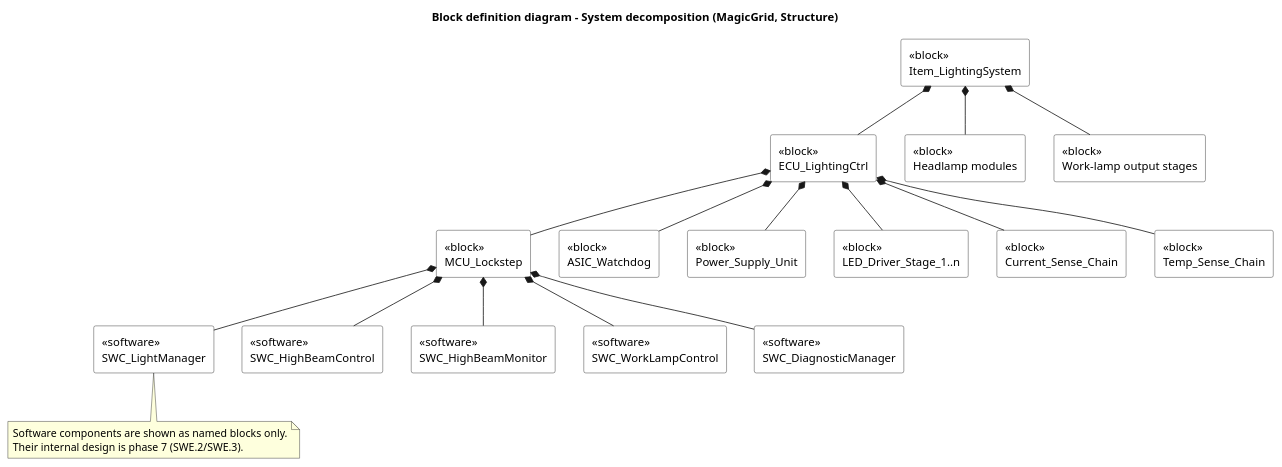
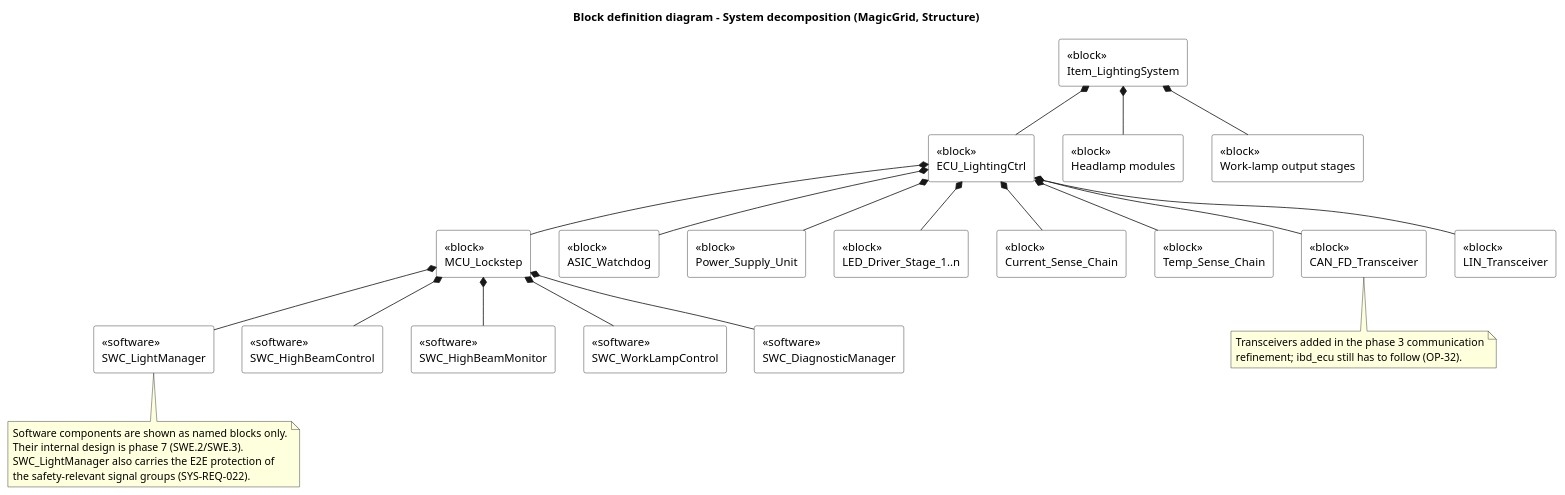
Before and after one commit to bny61/beleuchtungssystem-aspice: the diagram in 03_model/plantuml/bdd_system.puml, drawn with PlantUML. The commit also changed 12 other files, not shown here.

First line of the commit message:
feat(sys.3): CAN FD/J1939 message catalogue, bus timing and E2E protection

```diff
--- a/03_model/plantuml/bdd_system.puml
+++ b/03_model/plantuml/bdd_system.puml
@@ -1,43 +1,54 @@
 @startuml bdd_system
 title Block definition diagram - System decomposition (MagicGrid, Structure)
 skinparam rectangle {
   BackgroundColor White
 }
 
 rectangle "<<block>>\nItem_LightingSystem" as ITEM
 rectangle "<<block>>\nECU_LightingCtrl" as ECU
 rectangle "<<block>>\nMCU_Lockstep" as MCU
 rectangle "<<block>>\nASIC_Watchdog" as WD
 rectangle "<<block>>\nPower_Supply_Unit" as PSU
 rectangle "<<block>>\nLED_Driver_Stage_1..n" as DRV
 rectangle "<<block>>\nCurrent_Sense_Chain" as CS
 rectangle "<<block>>\nTemp_Sense_Chain" as TS
+rectangle "<<block>>\nCAN_FD_Transceiver" as CANT
+rectangle "<<block>>\nLIN_Transceiver" as LINT
 rectangle "<<block>>\nHeadlamp modules" as LAMP
 rectangle "<<block>>\nWork-lamp output stages" as WORK
 
 rectangle "<<software>>\nSWC_LightManager" as SWLM
 rectangle "<<software>>\nSWC_HighBeamControl" as SWHC
 rectangle "<<software>>\nSWC_HighBeamMonitor" as SWHM
 rectangle "<<software>>\nSWC_WorkLampControl" as SWWL
 rectangle "<<software>>\nSWC_DiagnosticManager" as SWDM
 
 ITEM *-- ECU
 ITEM *-- LAMP
 ITEM *-- WORK
 ECU *-- MCU
 ECU *-- WD
 ECU *-- PSU
 ECU *-- DRV
 ECU *-- CS
 ECU *-- TS
+ECU *-- CANT
+ECU *-- LINT
 MCU *-- SWLM
 MCU *-- SWHC
 MCU *-- SWHM
 MCU *-- SWWL
 MCU *-- SWDM
 
 note bottom of SWLM
   Software components are shown as named blocks only.
   Their internal design is phase 7 (SWE.2/SWE.3).
+  SWC_LightManager also carries the E2E protection of
+  the safety-relevant signal groups (SYS-REQ-022).
+end note
+
+note bottom of CANT
+  Transceivers added in the phase 3 communication
+  refinement; ibd_ecu still has to follow (OP-32).
 end note
 @enduml
```
